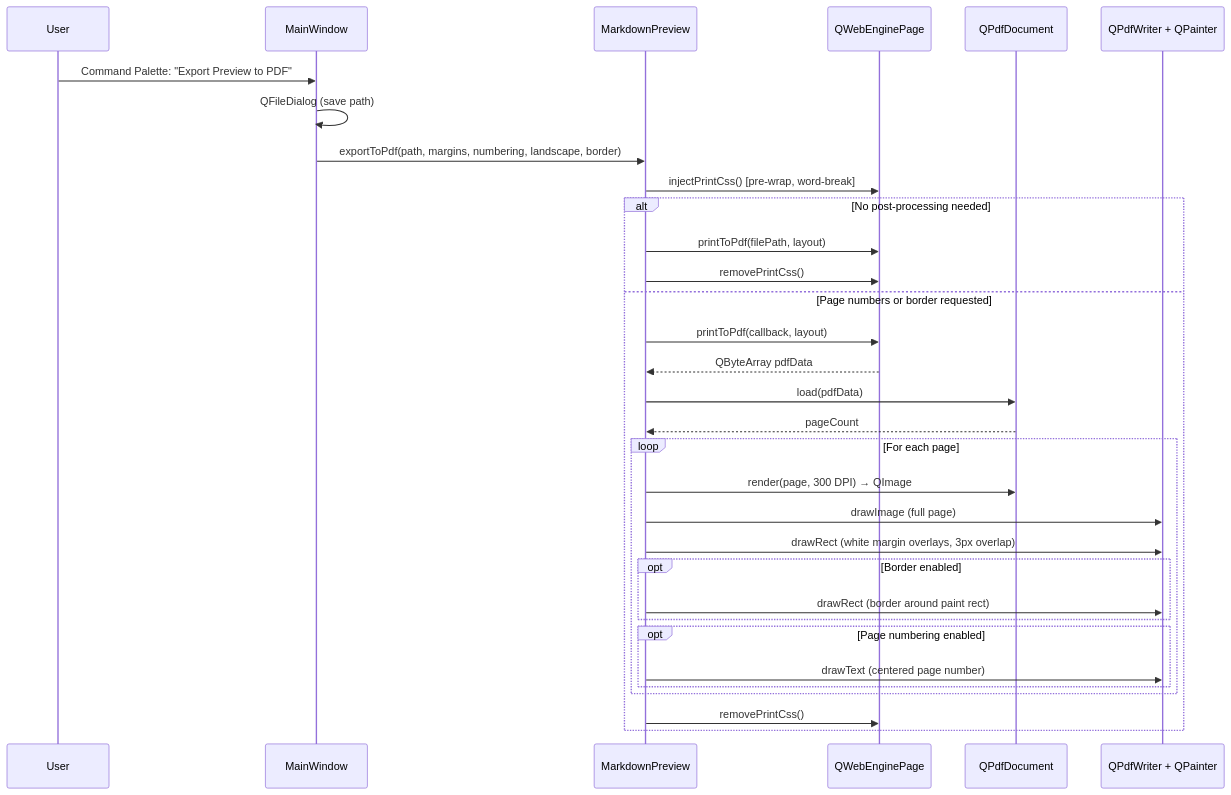
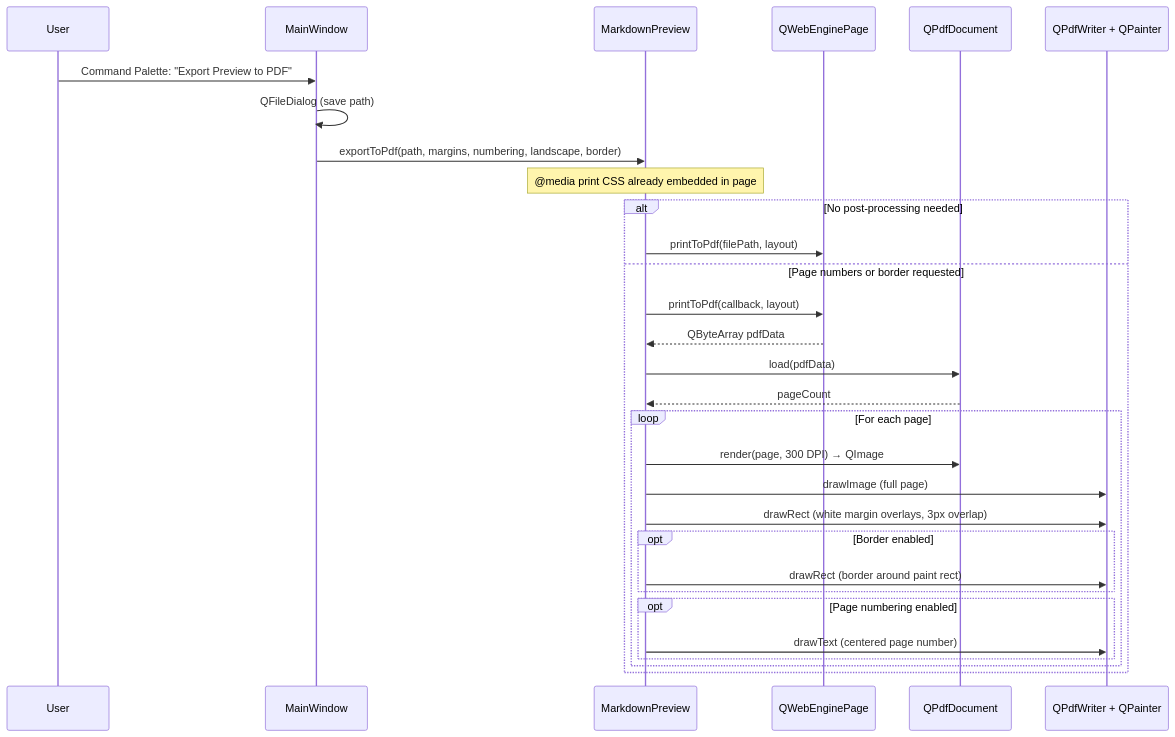
One commit to dkrse/vibe-coder changed diagram 20 of 20 in docs/diagrams.md. Above: the diagram before and after it, drawn with Mermaid. The commit also changed other lines of this file and 4 other files, not shown here.

````diff
--- a/docs/diagrams.md
+++ b/docs/diagrams.md
@@ -738,40 +742,38 @@
 ```mermaid
 sequenceDiagram
     participant User
     participant MainWindow
     participant Preview as MarkdownPreview
     participant WebEngine as QWebEnginePage
     participant PdfDoc as QPdfDocument
     participant PdfWriter as QPdfWriter + QPainter
 
     User->>MainWindow: Command Palette: "Export Preview to PDF"
     MainWindow->>MainWindow: QFileDialog (save path)
     MainWindow->>Preview: exportToPdf(path, margins, numbering, landscape, border)
 
-    Preview->>WebEngine: injectPrintCss() [pre-wrap, word-break]
+    Note over Preview: @media print CSS already embedded in page
 
     alt No post-processing needed
         Preview->>WebEngine: printToPdf(filePath, layout)
-        Preview->>WebEngine: removePrintCss()
     else Page numbers or border requested
         Preview->>WebEngine: printToPdf(callback, layout)
         WebEngine-->>Preview: QByteArray pdfData
 
         Preview->>PdfDoc: load(pdfData)
         PdfDoc-->>Preview: pageCount
 
         loop For each page
             Preview->>PdfDoc: render(page, 300 DPI) → QImage
             Preview->>PdfWriter: drawImage (full page)
             Preview->>PdfWriter: drawRect (white margin overlays, 3px overlap)
             opt Border enabled
                 Preview->>PdfWriter: drawRect (border around paint rect)
             end
             opt Page numbering enabled
                 Preview->>PdfWriter: drawText (centered page number)
             end
         end
 
-        Preview->>WebEngine: removePrintCss()
     end
 ```
````
